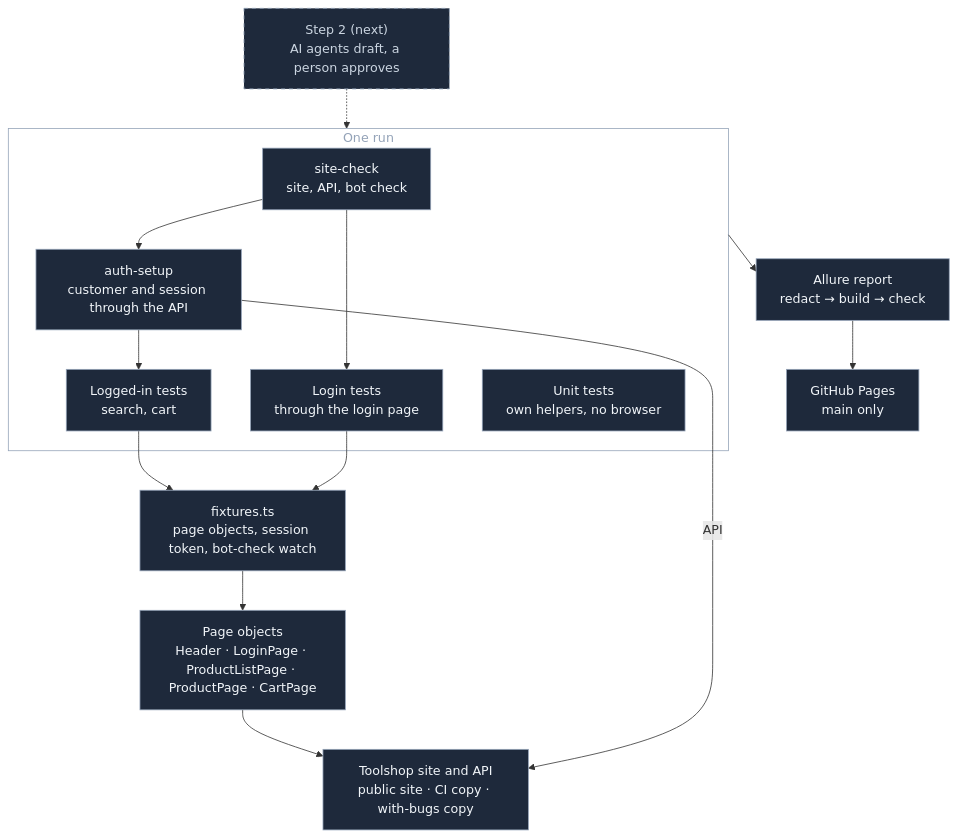
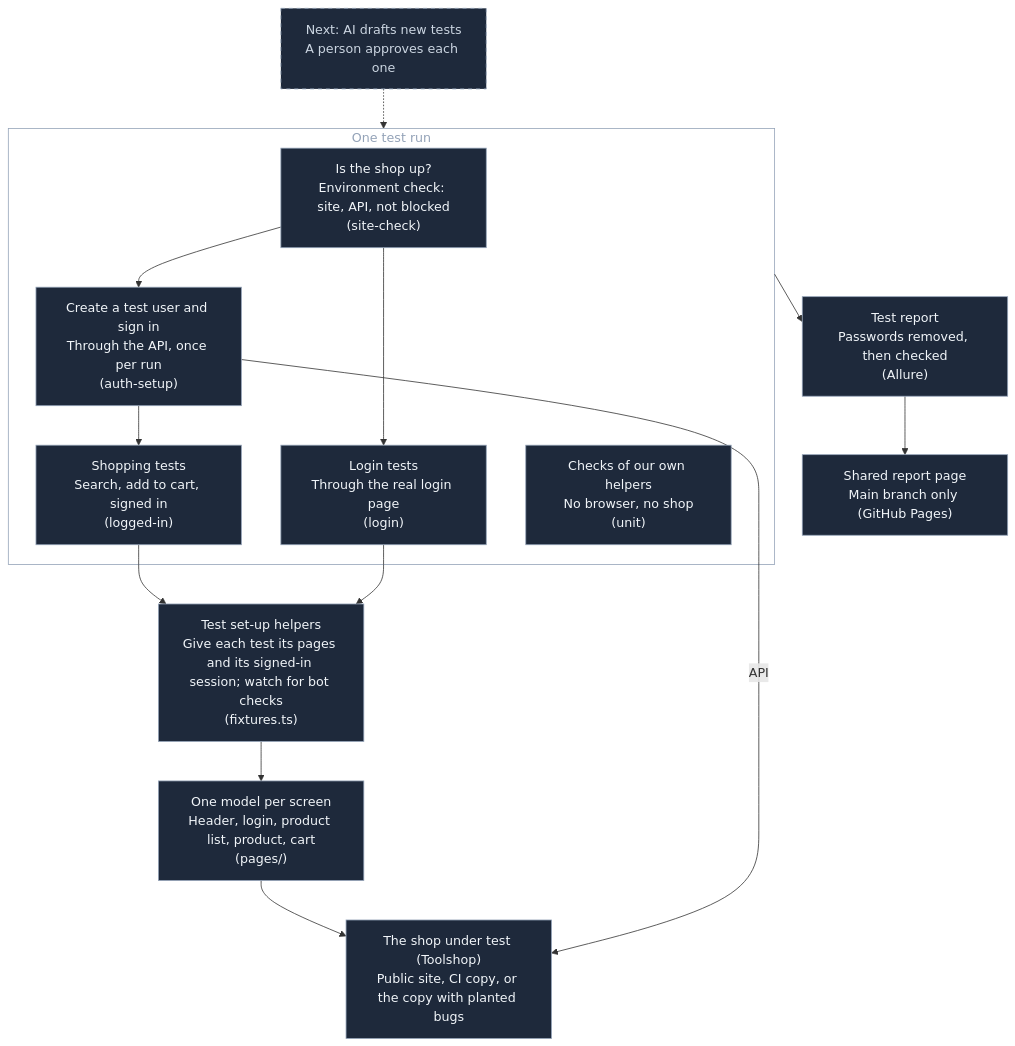
One commit to rahulsharma-qe/playwright-qa-agent changed the first of 3 diagrams in docs/architecture.md. Above: the diagram before and after it, drawn with Mermaid. The commit also changed other lines of this file and 1 other file, not shown here.

Commit message:
Diagrams in plain words: each box says what it does, code names in brackets

````diff
--- a/docs/architecture.md
+++ b/docs/architecture.md
@@ -13,29 +13,29 @@
 ```mermaid
 flowchart TB
-  subgraph RUN["One run"]
-    SC["site-check<br/>site, API, bot check"]
-    AS["auth-setup<br/>customer and session through the API"]
-    LI["Logged-in tests<br/>search, cart"]
-    LG["Login tests<br/>through the login page"]
-    UT["Unit tests<br/>own helpers, no browser"]
+  subgraph RUN["One test run"]
+    ENV["Is the shop up?<br/>Environment check: site, API, not blocked<br/>(site-check)"]
+    USER["Create a test user and sign in<br/>Through the API, once per run<br/>(auth-setup)"]
+    SHOP["Shopping tests<br/>Search, add to cart, signed in<br/>(logged-in)"]
+    LOGIN["Login tests<br/>Through the real login page<br/>(login)"]
+    UNIT["Checks of our own helpers<br/>No browser, no shop<br/>(unit)"]
   end
-  FX["fixtures.ts<br/>page objects, session token, bot-check watch"]
-  PO["Page objects<br/>Header · LoginPage · ProductListPage · ProductPage · CartPage"]
-  TS["Toolshop site and API<br/>public site · CI copy · with-bugs copy"]
-  REP["Allure report<br/>redact → build → check"]
-  PG["GitHub Pages<br/>main only"]
-  S2["Step 2 (next)<br/>AI agents draft, a person approves"]
-  SC --> AS --> LI
-  SC --> LG
-  LI --> FX
-  LG --> FX
-  FX --> PO --> TS
-  AS -->|API| TS
-  RUN --> REP --> PG
-  S2 -.-> RUN
+  HELP["Test set-up helpers<br/>Give each test its pages and its signed-in session; watch for bot checks<br/>(fixtures.ts)"]
+  SCREENS["One model per screen<br/>Header, login, product list, product, cart<br/>(pages/)"]
+  APP["The shop under test (Toolshop)<br/>Public site, CI copy, or the copy with planted bugs"]
+  REP["Test report<br/>Passwords removed, then checked<br/>(Allure)"]
+  PUB["Shared report page<br/>Main branch only (GitHub Pages)"]
+  NEXT["Next: AI drafts new tests<br/>A person approves each one"]
+  ENV --> USER --> SHOP
+  ENV --> LOGIN
+  SHOP --> HELP
+  LOGIN --> HELP
+  HELP --> SCREENS --> APP
+  USER -->|API| APP
+  RUN --> REP --> PUB
+  NEXT -.-> RUN
   classDef box fill:#1e293b,stroke:#94a3b8,color:#f1f5f9
   classDef later fill:#1e293b,stroke:#94a3b8,color:#cbd5e1,stroke-dasharray: 5 5
-  class SC,AS,LI,LG,UT,FX,PO,TS,REP,PG box
+  class ENV,USER,SHOP,LOGIN,UNIT,HELP,SCREENS,APP,REP,PUB box
+  class NEXT later
   style RUN fill:transparent,stroke:#94a3b8,color:#94a3b8
-  class S2 later
 ```
````
